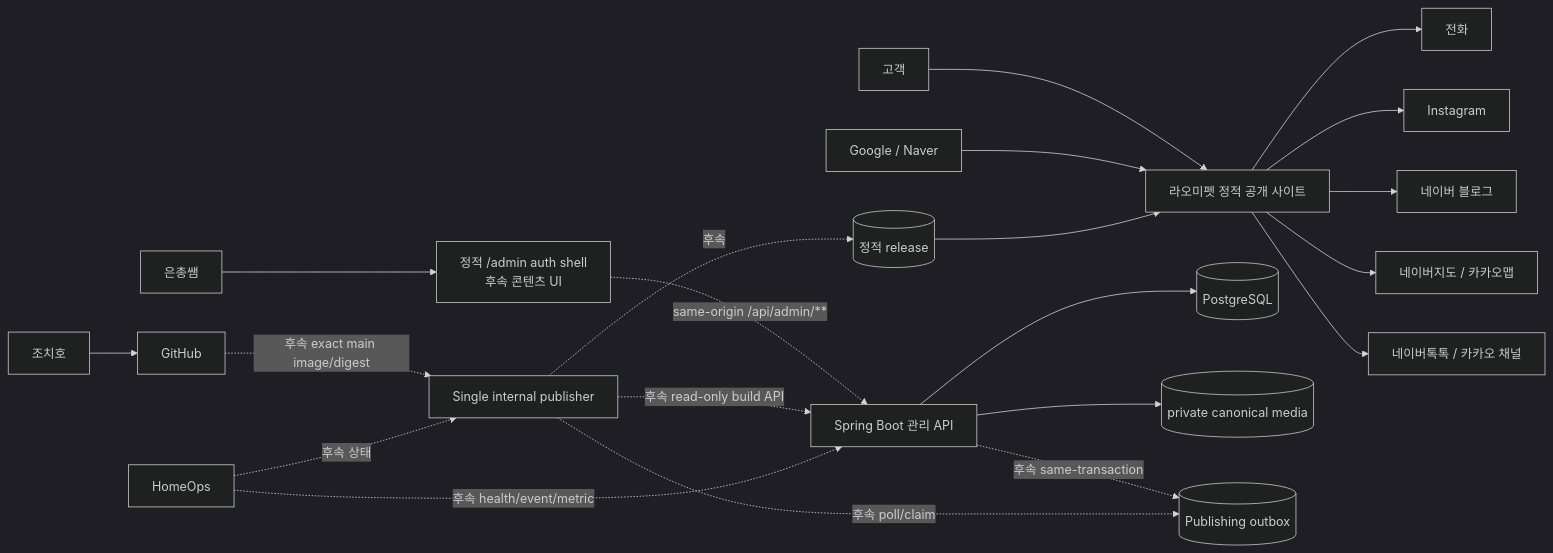
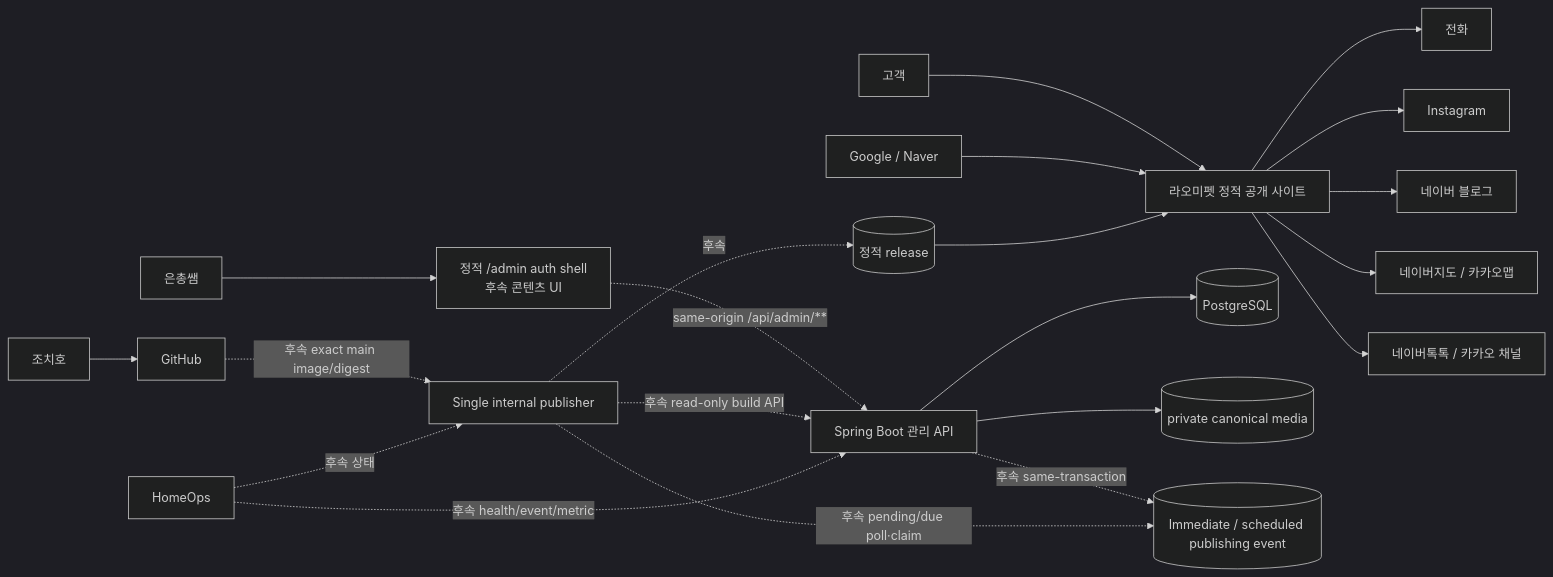
The diagram in docs/04-architecture/system-context.md (xxh3898/Rhaomi), drawn with Mermaid (dark theme) before and after one commit. The commit also changed other lines of this file and 21 other files, not shown here.

````diff
--- a/docs/04-architecture/system-context.md
+++ b/docs/04-architecture/system-context.md
@@ -18,25 +18,25 @@
 ```mermaid
 flowchart LR
     Customer[고객] --> PublicSite[라오미펫 정적 공개 사이트]
     Search[Google / Naver] --> PublicSite
     PublicSite --> Phone[전화]
     PublicSite --> Instagram[Instagram]
     PublicSite --> Blog[네이버 블로그]
     PublicSite --> Maps[네이버지도 / 카카오맵]
     PublicSite --> Talk[네이버톡톡 / 카카오 채널]
 
     Owner[은총쌤] --> AdminUI[정적 /admin auth shell<br/>후속 콘텐츠 UI]
     AdminUI -. same-origin /api/admin/** .-> Backend[Spring Boot 관리 API]
     Backend --> PostgreSQL[(PostgreSQL)]
     Backend --> Uploads[(private canonical media)]
-    Backend -. 후속 same-transaction .-> Outbox[(Publishing outbox)]
-    Publisher[Single internal publisher] -. 후속 poll/claim .-> Outbox
+    Backend -. 후속 same-transaction .-> Outbox[(Immediate / scheduled publishing event)]
+    Publisher[Single internal publisher] -. 후속 pending/due poll·claim .-> Outbox
     Publisher -. 후속 read-only build API .-> Backend
     Publisher -. 후속 .-> Releases[(정적 release)]
     Releases --> PublicSite
 
     Developer[조치호] --> GitHub[GitHub]
     GitHub -. 후속 exact main image/digest .-> Publisher
     HomeOps[HomeOps] -. 후속 health/event/metric .-> Backend
     HomeOps -. 후속 상태 .-> Publisher
 ```
````
